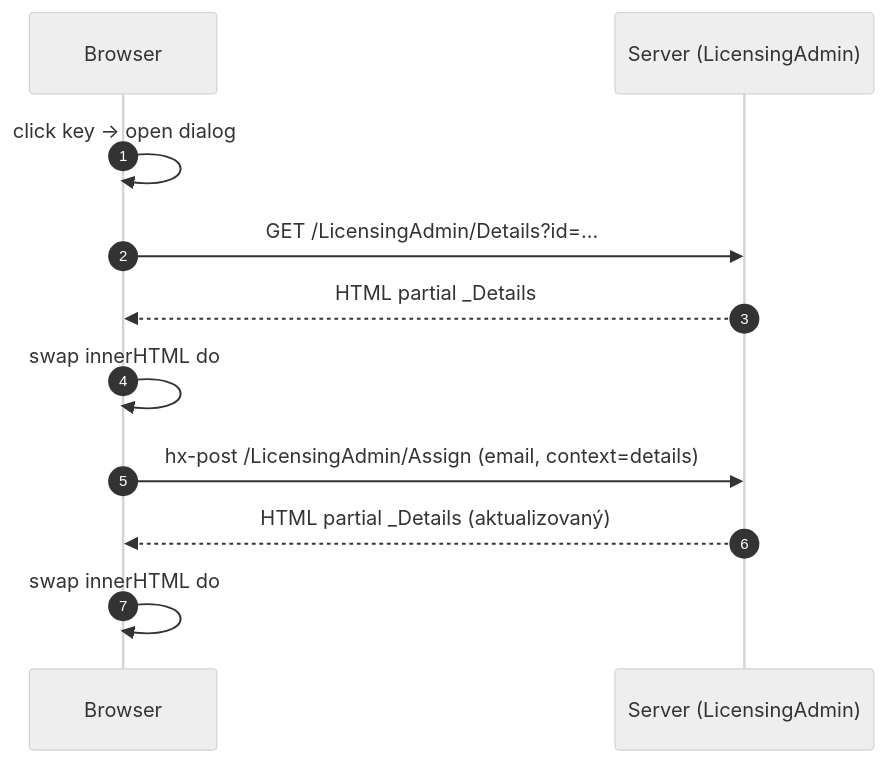
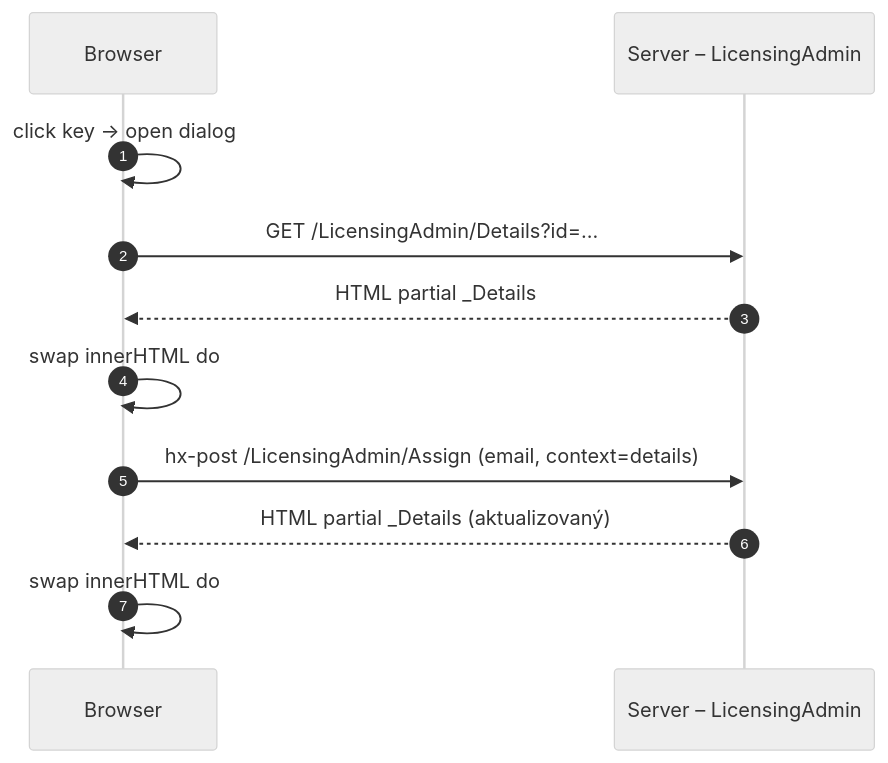
Before and after one commit to Rsm77/DigitalniProdukty: the sixth of 10 diagrams in docs/princip-a-pouziti-aplikace.md, drawn with Mermaid (neutral theme). The commit also changed other lines of this file and 1 other file, not shown here.

Commit message:
docs: fix Mermaid labels for GitHub

````diff
--- a/docs/princip-a-pouziti-aplikace.md
+++ b/docs/princip-a-pouziti-aplikace.md
@@ -140,15 +140,15 @@
 ```mermaid
 sequenceDiagram
   autonumber
   participant B as Browser
-  participant S as Server (LicensingAdmin)
+  participant S as Server – LicensingAdmin
 
   B->>B: click key -> open dialog
   B->>S: GET /LicensingAdmin/Details?id=...
   S-->>B: HTML partial _Details
   B->>B: swap innerHTML do #license-details-body
 
   B->>S: hx-post /LicensingAdmin/Assign (email, context=details)
   S-->>B: HTML partial _Details (aktualizovaný)
   B->>B: swap innerHTML do #license-details-body
 ```
````
